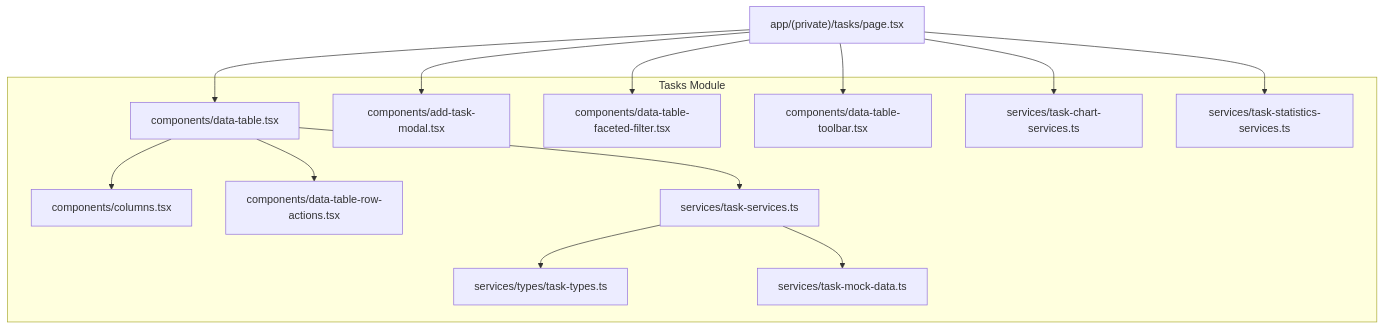
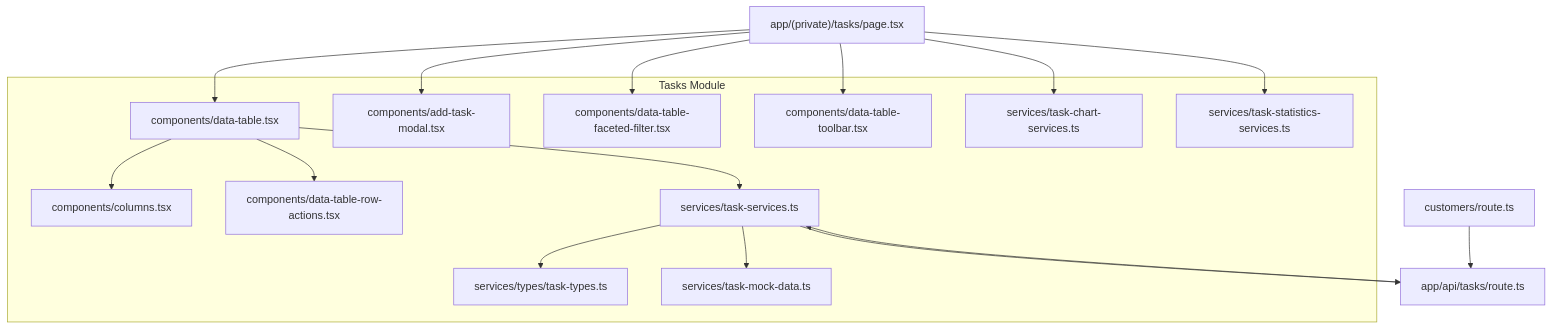
The first of 7 diagrams in .qoder/repowiki/en/content/Data Management Modules/Task Management.md (ngothanhtung/claude-code-shadcn-dashboard), drawn with Mermaid before and after one commit. The commit also changed other lines of this file and 165 other files, not shown here.

````diff
--- a/.qoder/repowiki/en/content/Data Management Modules/Task Management.md
+++ b/.qoder/repowiki/en/content/Data Management Modules/Task Management.md
@@ -37,27 +47,30 @@
 ```mermaid
 graph TB
 subgraph "Tasks Module"
 A["components/data-table.tsx"]
 B["components/add-task-modal.tsx"]
 C["components/columns.tsx"]
 D["components/data-table-faceted-filter.tsx"]
 E["components/data-table-toolbar.tsx"]
 F["components/data-table-row-actions.tsx"]
 G["services/types/task-types.ts"]
 H["services/task-services.ts"]
 I["services/task-mock-data.ts"]
 J["services/task-chart-services.ts"]
 K["services/task-statistics-services.ts"]
 end
-P["app/(private)/tasks/page.tsx"] --> A
-P --> B
-P --> D
-P --> E
+L["app/api/tasks/route.ts"] --> H
+M["app/(private)/tasks/page.tsx"] --> A
+M --> B
+M --> D
+M --> E
 A --> C
 A --> F
 A --> H
 H --> G
 H --> I
-P --> J
-P --> K
+H --> L
+M --> J
+M --> K
+N["customers/route.ts"] --> L
 ```
````
